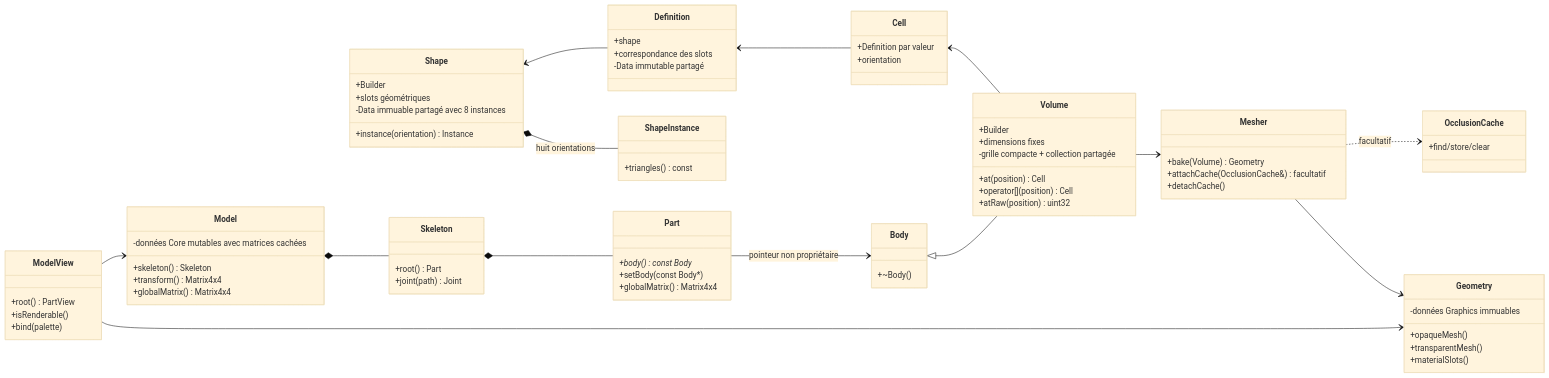
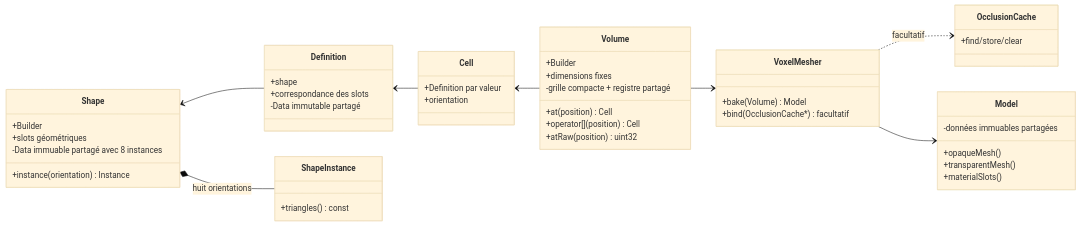
The diagram in docs/voxel-engine-v0.1.4/02-modele-voxel.md (EreliaStudio/Sparkle), drawn with Mermaid (base theme) before and after one commit. The commit also changed other lines of this file and 49 other files, not shown here.

Commit message:
PR-08.1: retain independent voxel geometry, mesher, camera and atomic JSON; defer articulated model architecture

````diff
--- a/docs/voxel-engine-v0.1.4/02-modele-voxel.md
+++ b/docs/voxel-engine-v0.1.4/02-modele-voxel.md
@@ -7,80 +7,50 @@
 ```mermaid
 classDiagram
   direction LR
   class Shape {
     +Builder
     +slots géométriques
     +instance(orientation) Instance
     -Data immuable partagé avec 8 instances
   }
   class Definition {
     +shape
     +correspondance des slots
     -Data immutable partagé
   }
   class Cell {
     +Definition par valeur
     +orientation
   }
   class Volume {
     +Builder
     +dimensions fixes
     +at(position) Cell
     +operator[](position) Cell
     +atRaw(position) uint32
-    -grille compacte + collection partagée
-  }
-  class Body {
-    +~Body()
-  }
-  class Skeleton {
-    +root() Part
-    +joint(path) Joint
-  }
-  class Part {
-    +body() const Body*
-    +setBody(const Body*)
-    +globalMatrix() Matrix4x4
+    -grille compacte + registre partagé
   }
   class Model {
-    +skeleton() Skeleton
-    +transform() Matrix4x4
-    +globalMatrix() Matrix4x4
-    -données Core mutables avec matrices cachées
-  }
-  class Geometry {
     +opaqueMesh()
     +transparentMesh()
     +materialSlots()
-    -données Graphics immuables
-  }
-  class ModelView {
-    +root() PartView
-    +isRenderable()
-    +bind(palette)
+    -données immuables partagées
   }
   class ShapeInstance {
     +triangles() const
   }
   class OcclusionCache {
     +find/store/clear
   }
-  class Mesher {
-    +bake(Volume) Geometry
-    +attachCache(OcclusionCache&) facultatif
-    +detachCache()
+  class VoxelMesher {
+    +bake(Volume) Model
+    +bind(OcclusionCache*) facultatif
   }
   Shape <-- Definition
   Definition <-- Cell
   Cell <-- Volume
   Shape *-- ShapeInstance : huit orientations
-  Mesher ..> OcclusionCache : facultatif
-  Volume --> Mesher
-  Mesher --> Geometry
-  Body <|-- Volume
-  Model *-- Skeleton
-  Skeleton *-- Part
-  Part --> Body : pointeur non propriétaire
-  ModelView --> Model
-  ModelView --> Geometry
+  VoxelMesher ..> OcclusionCache : facultatif
+  Volume --> VoxelMesher
+  VoxelMesher --> Model
 ```
````
